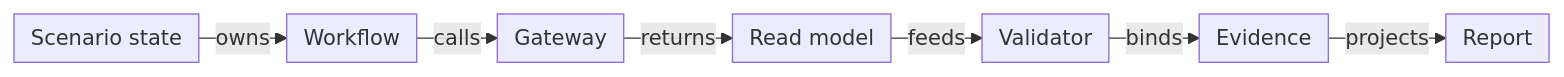
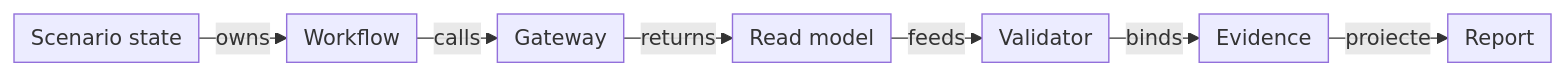
Before and after one commit to crististefanita/atf_j0: the second of 5 diagrams in docs/ATF_AI_Evaluation_Design.md, drawn with Mermaid. The commit also changed other lines of this file and 113 other files, not shown here.

````diff
--- a/docs/ATF_AI_Evaluation_Design.md
+++ b/docs/ATF_AI_Evaluation_Design.md
@@ -1297,10 +1363,10 @@
 ```mermaid
 %%{init: {"themeVariables":{"fontSize":"15px"},"themeCSS":".nodeLabel, .nodeLabel p { font-size: 15px !important; line-height: 1.35 !important; } .edgeLabel, .edgeLabel p { font-size: 12px !important; font-weight: 400 !important; line-height: 1.2 !important; } .edgeLabel .labelBkg, .edgeLabel p { background: transparent !important; } .edgeLabel foreignObject { transform: translateY(-18px); overflow: visible; } .node rect { rx: 6px; ry: 6px; }","flowchart":{"curve":"linear","nodeSpacing":24,"rankSpacing":24,"padding":6,"diagramPadding":20}}}%%
 flowchart LR
     Scenario["Scenario state"] -->|owns| Workflow["Workflow"]
     Workflow -->|calls| Gateway["Gateway"]
     Gateway -->|returns| ReadModel["Read model"]
     ReadModel -->|feeds| Validator["Validator"]
     Validator -->|binds| Evidence["Evidence"]
-    Evidence -->|projects| Report["Report"]
+    Evidence -->|proiecte| Report["Report"]
 ```
````
